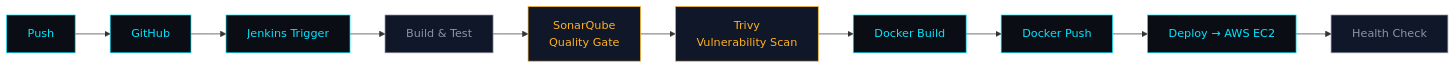
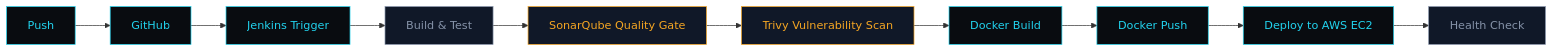
Before and after one commit to Adityachandkaushik/Adityachandkaushik: the first of 2 diagrams in README.md, drawn with Mermaid. The commit also changed other lines of this file, not shown here.

````diff
--- a/README.md
+++ b/README.md
@@ -238,23 +180,23 @@
 ```mermaid
 flowchart LR
     A[Push] --> B[GitHub]
     B --> C[Jenkins Trigger]
     C --> D[Build & Test]
-    D --> E[SonarQube\nQuality Gate]
-    E --> F[Trivy\nVulnerability Scan]
+    D --> E[SonarQube Quality Gate]
+    E --> F[Trivy Vulnerability Scan]
     F --> G[Docker Build]
     G --> H[Docker Push]
-    H --> I[Deploy → AWS EC2]
+    H --> I[Deploy to AWS EC2]
     I --> J[Health Check]
 
-    style A fill:#0A0E14,stroke:#00E5FF,color:#00E5FF
-    style B fill:#0A0E14,stroke:#00E5FF,color:#00E5FF
-    style C fill:#0A0E14,stroke:#00E5FF,color:#00E5FF
-    style D fill:#0F1729,stroke:#8B95A7,color:#8B95A7
-    style E fill:#0F1729,stroke:#FFB020,color:#FFB020
-    style F fill:#0F1729,stroke:#FFB020,color:#FFB020
-    style G fill:#0A0E14,stroke:#00E5FF,color:#00E5FF
-    style H fill:#0A0E14,stroke:#00E5FF,color:#00E5FF
-    style I fill:#0A0E14,stroke:#00E5FF,color:#00E5FF
-    style J fill:#0F1729,stroke:#8B95A7,color:#8B95A7
+    style A fill:#090C10,stroke:#22D3EE,color:#22D3EE
+    style B fill:#090C10,stroke:#22D3EE,color:#22D3EE
+    style C fill:#090C10,stroke:#22D3EE,color:#22D3EE
+    style D fill:#101828,stroke:#8592A8,color:#8592A8
+    style E fill:#101828,stroke:#F5A623,color:#F5A623
+    style F fill:#101828,stroke:#F5A623,color:#F5A623
+    style G fill:#090C10,stroke:#22D3EE,color:#22D3EE
+    style H fill:#090C10,stroke:#22D3EE,color:#22D3EE
+    style I fill:#090C10,stroke:#22D3EE,color:#22D3EE
+    style J fill:#101828,stroke:#8592A8,color:#8592A8
 ```
````
